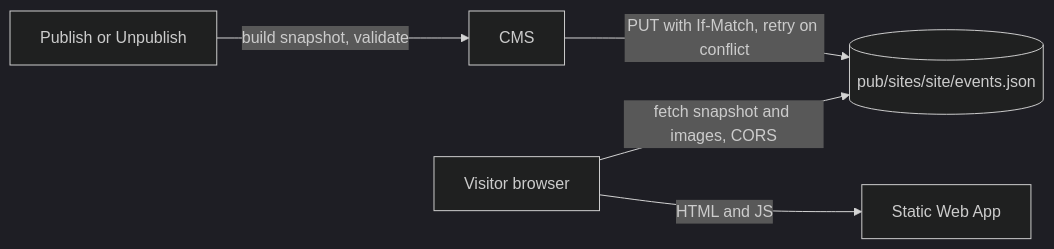
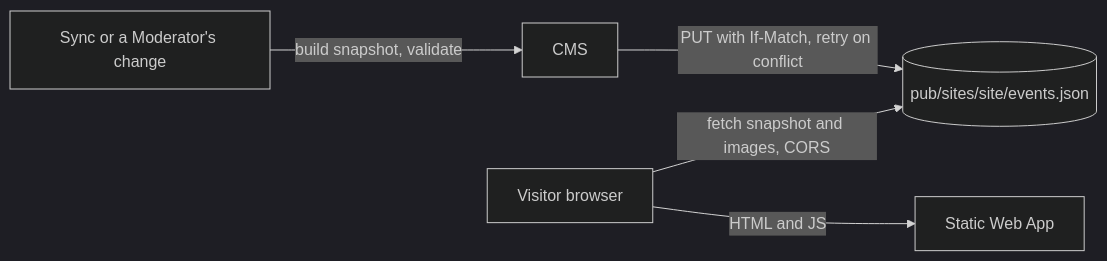
Before and after one commit to filip-be/folk-ms: the diagram in docs/site-delivery/README.md, drawn with Mermaid (dark theme). The commit also changed other lines of this file and 23 other files, not shown here.

````diff
--- a/docs/site-delivery/README.md
+++ b/docs/site-delivery/README.md
@@ -9,7 +9,7 @@
 ```mermaid
 flowchart LR
-  P[Publish or Unpublish] -->|build snapshot, validate| C[CMS]
+  P[Sync or a Moderator's change] -->|build snapshot, validate| C[CMS]
   C -->|PUT with If-Match, retry on conflict| B[(pub/sites/site/events.json)]
   V[Visitor browser] -->|HTML and JS| W[Static Web App]
   V -->|fetch snapshot and images, CORS| B
 ```
````
